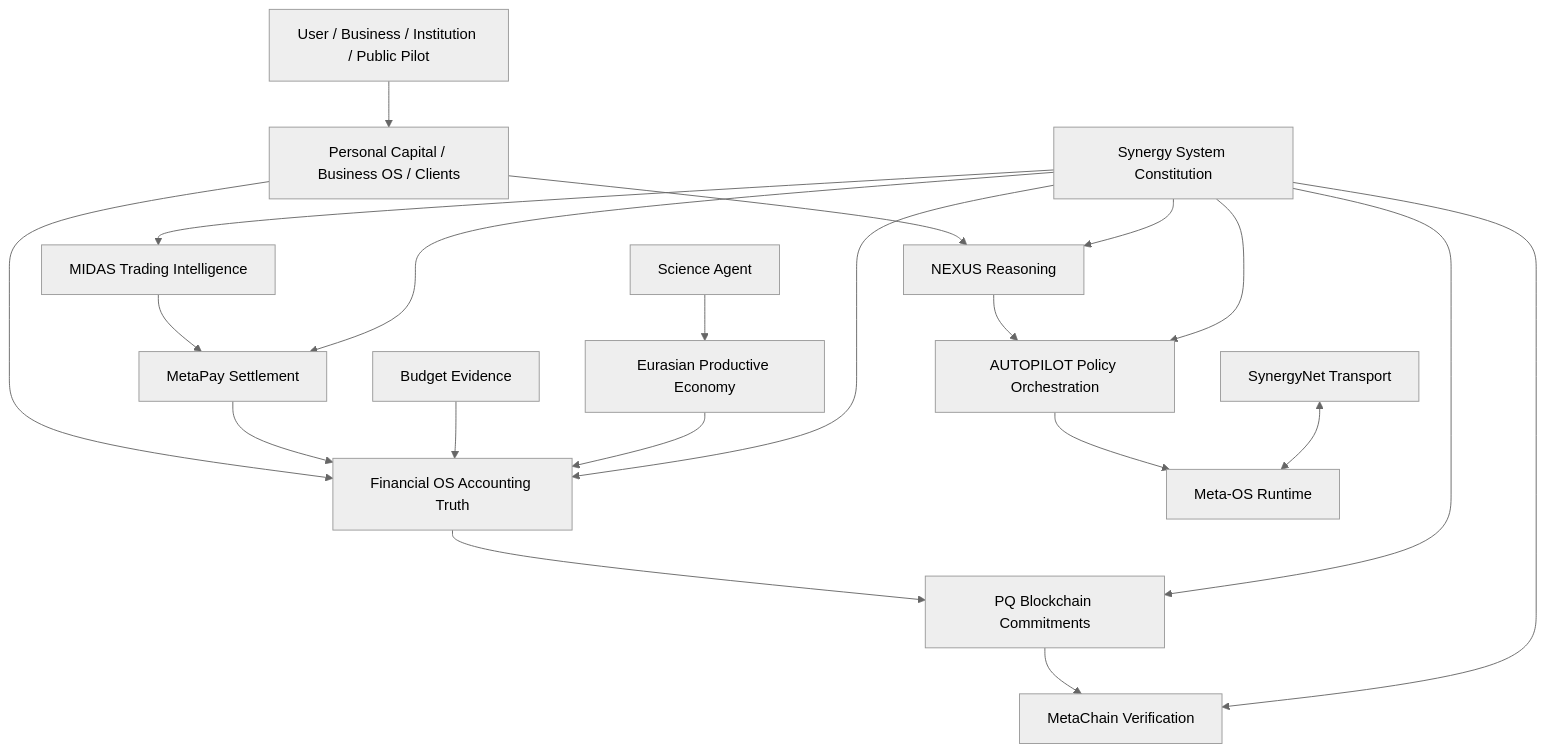
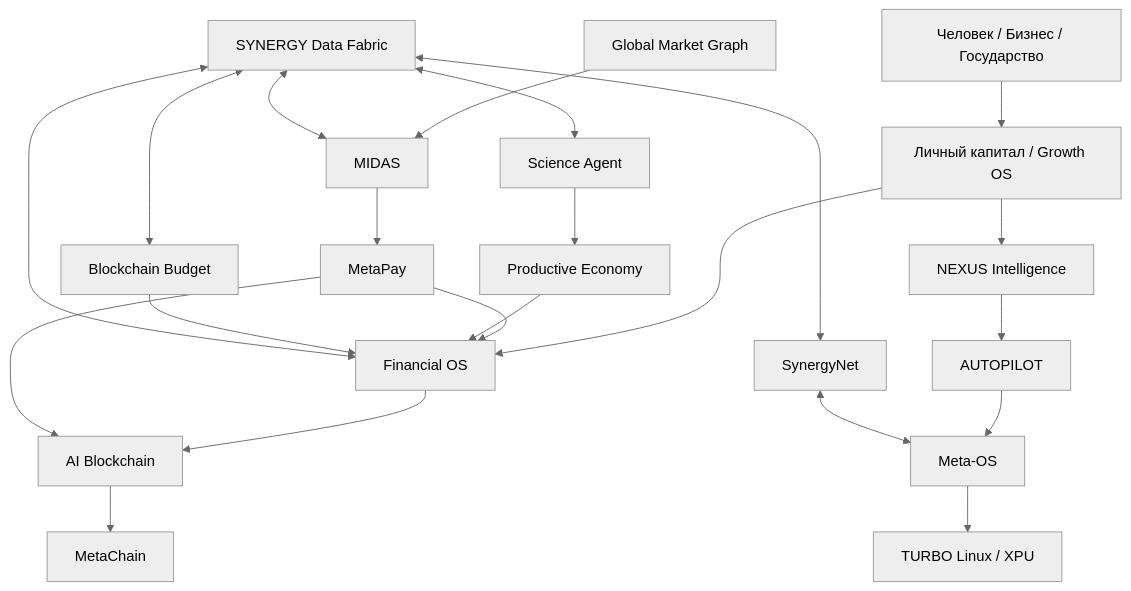
The diagram in README.md (Shtenco/synergy_project), drawn with Mermaid (neutral theme) before and after one commit. The commit also changed other lines of this file, not shown here.

Commit message:
Rewrite main README in Russian: full SYNERGY vision, Data Fabric and print-machine architecture

````diff
--- a/README.md
+++ b/README.md
@@ -113,39 +136,42 @@
 ```mermaid
 flowchart TD
-    U[User / Business / Institution / Public Pilot]
-    APP[Personal Capital / Business OS / Clients]
-    N[NEXUS Reasoning]
-    A[AUTOPILOT Policy Orchestration]
-    M[MIDAS Trading Intelligence]
-    P[MetaPay Settlement]
-    F[Financial OS Accounting Truth]
-    B[PQ Blockchain Commitments]
-    MC[MetaChain Verification]
-    SN[SynergyNet Transport]
-    MO[Meta-OS Runtime]
-    S[Synergy System Constitution]
+    HUMAN[Человек / Бизнес / Государство]
+    APP[Личный капитал / Growth OS]
+    N[NEXUS Intelligence]
+    AUTO[AUTOPILOT]
+    MIDAS[MIDAS]
+    GRAPH[Global Market Graph]
+    PAY[MetaPay]
+    FIN[Financial OS]
+    DATA[SYNERGY Data Fabric]
+    NET[SynergyNet]
+    BC[AI Blockchain]
+    META[MetaChain]
     SCI[Science Agent]
-    EUR[Eurasian Productive Economy]
-    GOV[Budget Evidence]
+    ECON[Productive Economy]
+    GOV[Blockchain Budget]
+    MOS[Meta-OS]
+    HOST[TURBO Linux / XPU]
 
-    U --> APP
-    APP --> F
+    HUMAN --> APP
+    APP --> FIN
     APP --> N
-    N --> A
-    A --> MO
-    M --> P
-    P --> F
-    F --> B
-    B --> MC
-    GOV --> F
-    SCI --> EUR
-    EUR --> F
-    SN <--> MO
-    S --> N
-    S --> A
-    S --> M
-    S --> P
-    S --> F
-    S --> B
-    S --> MC
+    N --> AUTO
+    AUTO --> MOS
+    MIDAS --> PAY
+    GRAPH --> MIDAS
+    PAY --> FIN
+    SCI --> ECON
+    ECON --> FIN
+    GOV --> FIN
+    FIN --> BC
+    PAY --> BC
+    BC --> META
+    DATA <--> NET
+    DATA <--> FIN
+    DATA <--> MIDAS
+    DATA <--> SCI
+    DATA <--> GOV
+    NET <--> MOS
+    MOS --> HOST
 ```
````
